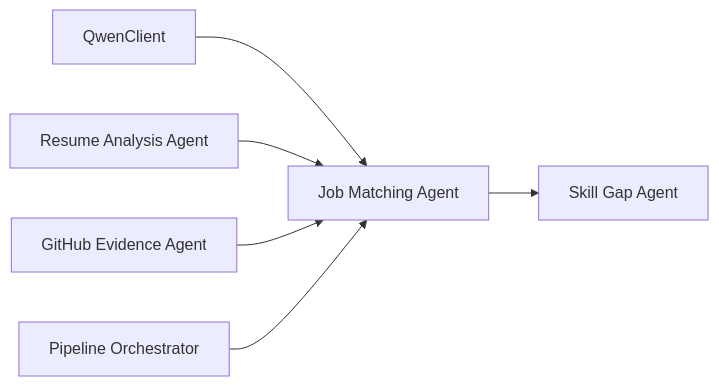
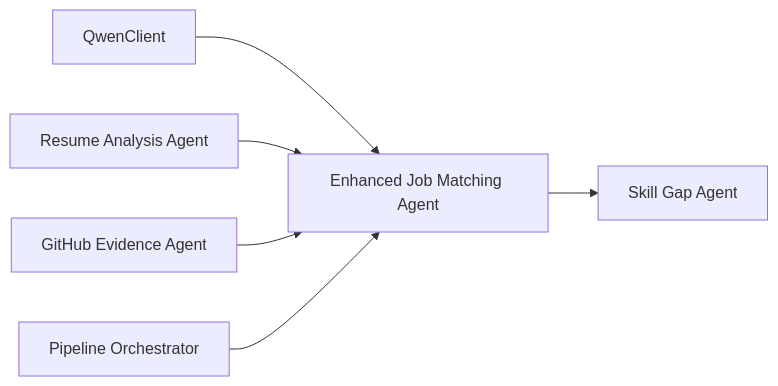
The fifth of 5 diagrams in .qoder/repowiki/en/content/Multi-Agent System/Job Matching Agent.md (waqarimran342/CareerOS-AI), drawn with Mermaid before and after one commit. The commit also changed other lines of this file and 32 other files, not shown here.

````diff
--- a/.qoder/repowiki/en/content/Multi-Agent System/Job Matching Agent.md
+++ b/.qoder/repowiki/en/content/Multi-Agent System/Job Matching Agent.md
@@ -248,8 +269,8 @@
 ```mermaid
 graph LR
-QW["QwenClient"] --> JM["Job Matching Agent"]
+QW["QwenClient"] --> JM["Enhanced Job Matching Agent"]
 RA["Resume Analysis Agent"] --> JM
 GE["GitHub Evidence Agent"] --> JM
 ORCH["Pipeline Orchestrator"] --> JM
 JM --> SG["Skill Gap Agent"]
 ```
````
